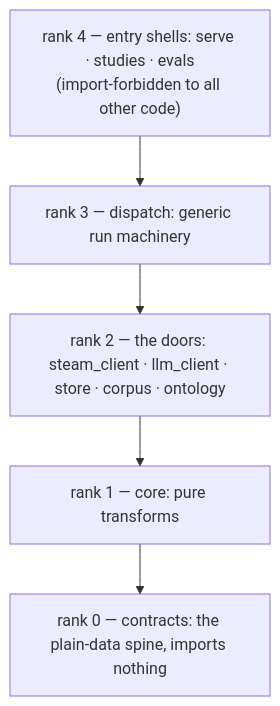
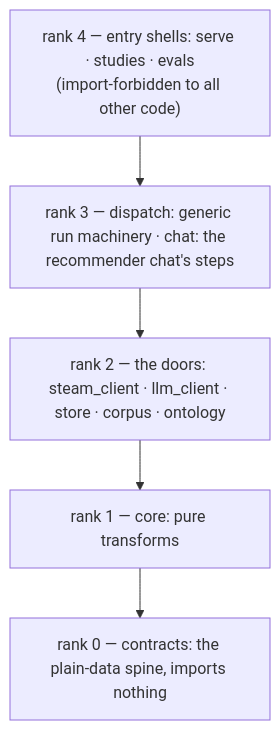
One commit to arda-basarici/steam-lens changed the third of 4 diagrams in ARCHITECTURE.md. Above: the diagram before and after it, drawn with Mermaid. The commit also changed other lines of this file and 1 other file, not shown here.

````diff
--- a/ARCHITECTURE.md
+++ b/ARCHITECTURE.md
@@ -127,11 +127,11 @@
 ```mermaid
 %%{init: {"flowchart": {"diagramPadding": 150}}}%%
 flowchart TD
     R4["`rank 4 — entry shells: serve · studies · evals
     (import-forbidden to all other code)`"]
-    R3["rank 3 — dispatch: generic run machinery"]
+    R3["rank 3 — dispatch: generic run machinery · chat: the recommender chat's steps"]
     R2["rank 2 — the doors: steam_client · llm_client · store · corpus · ontology"]
     R1["rank 1 — core: pure transforms"]
     R0["rank 0 — contracts: the plain-data spine, imports nothing"]
     R4 --> R3 --> R2 --> R1 --> R0
 ```
````
